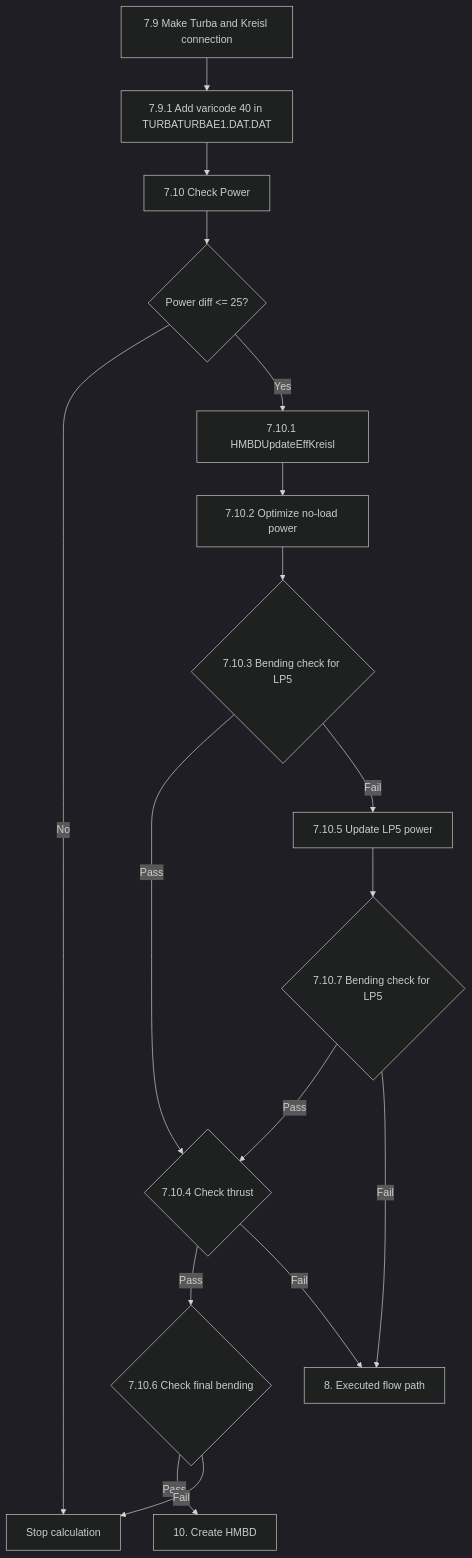
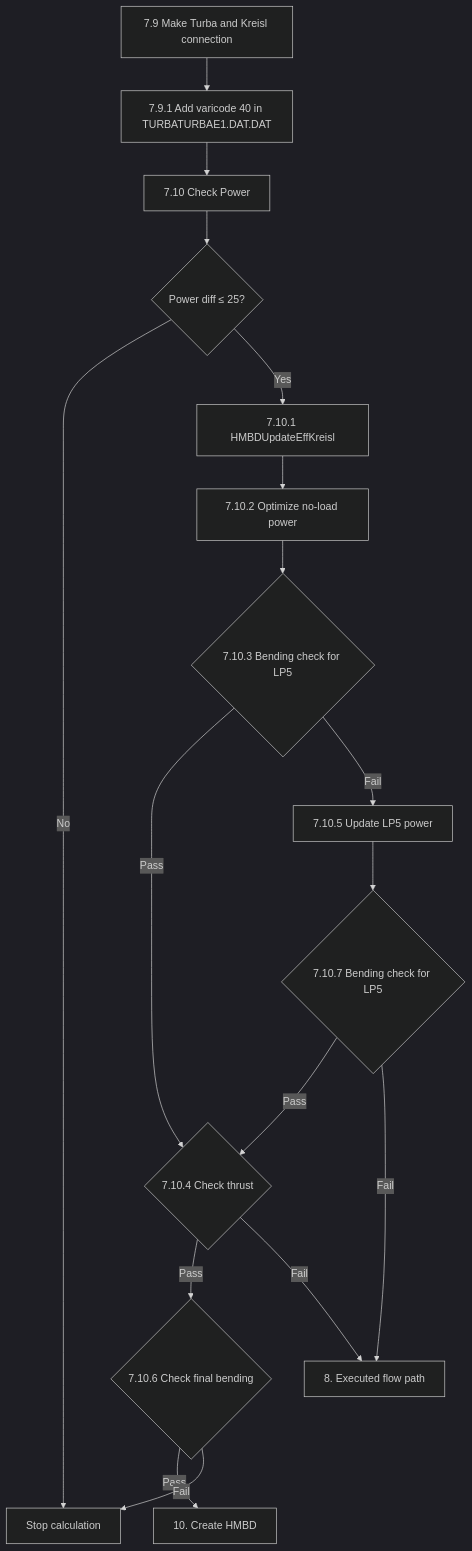
One commit to Wave-Excel/wavexcel changed the seventh of 10 diagrams in my-project/docs/README.md. Above: the diagram before and after it, drawn with Mermaid (dark theme). The commit also changed other lines of this file, not shown here.

Commit message:
custom flow chart and executed added

````diff
--- a/my-project/docs/README.md
+++ b/my-project/docs/README.md
@@ -292,19 +292,19 @@
 ```mermaid
 flowchart TD
   S79["7.9 Make Turba and Kreisl connection"] --> S791["7.9.1 Add varicode 40 in TURBATURBAE1.DAT.DAT"]
   S791 --> S710["7.10 Check Power"]
-  S710 --> C1{"Power diff <= 25?"}
+  S710 --> C1{"Power diff ≤ 25?"}
   C1 -- "No" --> STOP["Stop calculation"]
   C1 -- "Yes" --> S7101["7.10.1 HMBDUpdateEffKreisl"]
   S7101 --> S7102["7.10.2 Optimize no-load power"]
   S7102 --> S7103{"7.10.3 Bending check for LP5"}
   S7103 -- "Pass" --> S7104{"7.10.4 Check thrust"}
   S7103 -- "Fail" --> S7105["7.10.5 Update LP5 power"]
   S7105 --> S7107{"7.10.7 Bending check for LP5"}
   S7107 -- "Pass" --> S7104
   S7107 -- "Fail" --> EXEC["8. Executed flow path"]
   S7104 -- "Pass" --> S7106{"7.10.6 Check final bending"}
   S7104 -- "Fail" --> EXEC
   S7106 -- "Pass" --> HMBD["10. Create HMBD"]
   S7106 -- "Fail" --> STOP
 ```
````
